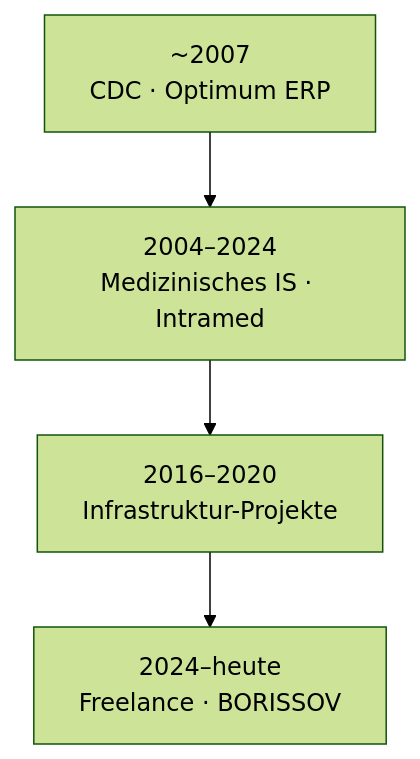
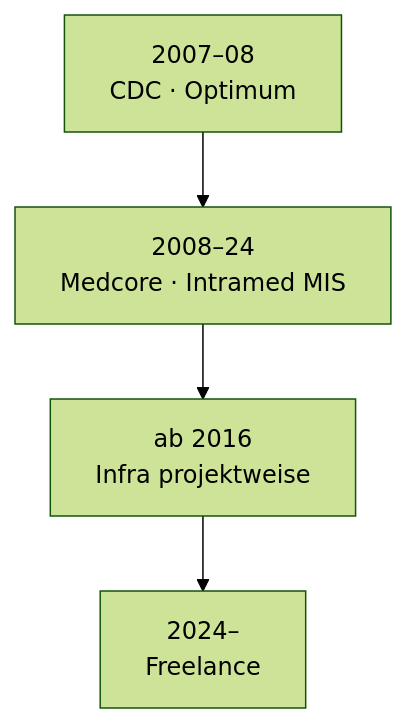
One commit to boralekc/cv changed the diagram in 02-career/timeline.md. Above: the diagram before and after it, drawn with Mermaid (forest theme). The commit also changed other lines of this file and 19 other files, not shown here.

````diff
--- a/02-career/timeline.md
+++ b/02-career/timeline.md
@@ -63,11 +60,11 @@
 ```mermaid
 flowchart TB
-    A["~2007<br/>CDC · Optimum ERP"]
-    B["2004–2024<br/>Medizinisches IS · Intramed"]
-    C["2016–2020<br/>Infrastruktur-Projekte"]
-    D["2024–heute<br/>Freelance · BORISSOV"]
+    A["2007–08<br/>CDC · Optimum"]
+    B["2008–24<br/>Medcore · Intramed MIS"]
+    C["ab 2016<br/>Infra projektweise"]
+    D["2024–<br/>Freelance"]
 
     A --> B
     B --> C
     C --> D
 ```
````
